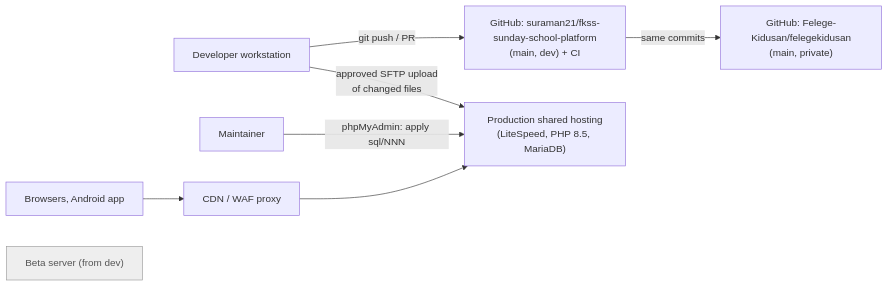
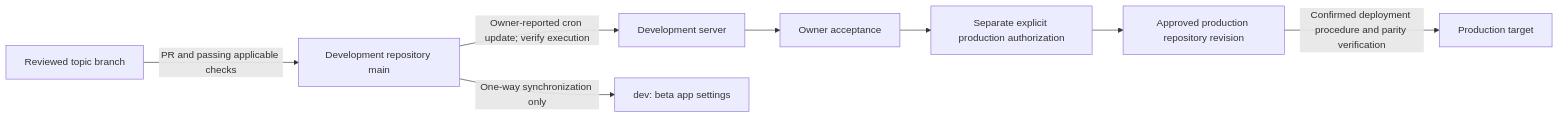
The sixth of 6 diagrams in docs/architecture/TECHNICAL_DESIGN.md (Felege-Kidusan/felegekidusan), drawn with Mermaid before and after one commit. The commit also changed other lines of this file and 27 other files, not shown here.

````diff
--- a/docs/architecture/TECHNICAL_DESIGN.md
+++ b/docs/architecture/TECHNICAL_DESIGN.md
@@ -199,11 +199,10 @@
 ```mermaid
 flowchart LR
-  dev["Developer workstation"] -->|"git push / PR"| gh["GitHub: suraman21/fkss-sunday-school-platform<br/>(main, dev) + CI"]
-  gh -->|"same commits"| prodrepo["GitHub: Felege-Kidusan/felegekidusan<br/>(main, private)"]
-  dev -->|"approved SFTP upload<br/>of changed files"| prod["Production shared hosting<br/>(LiteSpeed, PHP 8.5, MariaDB)"]
-  maint["Maintainer"] -->|"phpMyAdmin: apply sql/NNN"| prod
-  cdn["CDN / WAF proxy"] --> prod
-  users["Browsers, Android app"] --> cdn
-  beta["Beta server (from dev)"]:::muted
-  classDef muted fill:#eee,stroke:#999,color:#555
+  topic["Reviewed topic branch"] -->|"PR and passing applicable checks"| main["Development repository main"]
+  main -->|"Owner-reported cron update; verify execution"| development["Development server"]
+  development --> acceptance["Owner acceptance"]
+  acceptance --> approval["Separate explicit production authorization"]
+  approval --> prodrepo["Approved production repository revision"]
+  prodrepo -->|"Confirmed deployment procedure and parity verification"| production["Production target"]
+  main -->|"One-way synchronization only"| beta["dev: beta app settings"]
 ```
````
